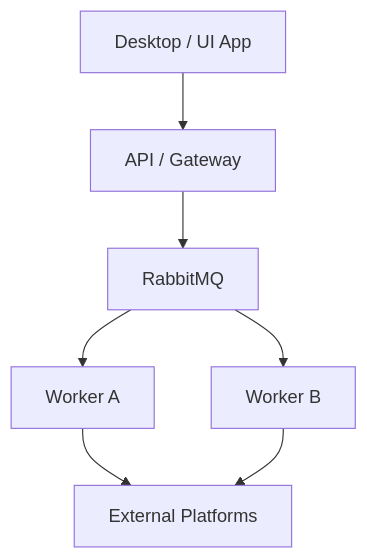
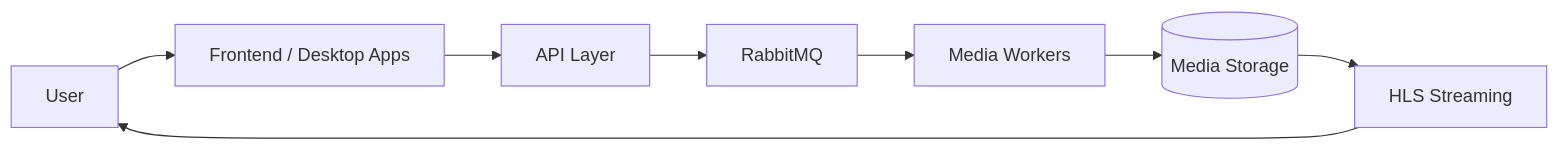
Before and after one commit to BudgetFlix/.github: the first of 2 diagrams in profile/README.md, drawn with Mermaid. The commit also changed other lines of this file, not shown here.

`````diff
--- a/profile/README.md
+++ b/profile/README.md
@@ -75,21 +90,22 @@
 ```mermaid
-flowchart TD
+flowchart LR
 
-    UI[Desktop / UI App]
-    API[API / Gateway]
+    USER[User]
+    UI[Frontend / Desktop Apps]
+    API[API Layer]
     MQ[RabbitMQ]
 
-    W1[Worker A]
-    W2[Worker B]
+    WORKER[Media Workers]
+    STORAGE[(Media Storage)]
+    STREAM[HLS Streaming]
 
-    EXT[External Platforms]
-
+    USER --> UI
     UI --> API
     API --> MQ
 
-    MQ --> W1
-    MQ --> W2
+    MQ --> WORKER
+    WORKER --> STORAGE
 
-    W1 --> EXT
-    W2 --> EXT
-````
+    STORAGE --> STREAM
+    STREAM --> USER
+```
`````
